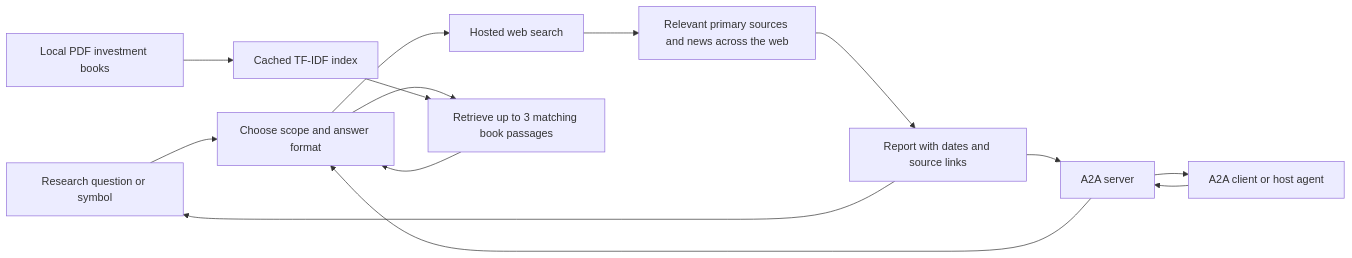
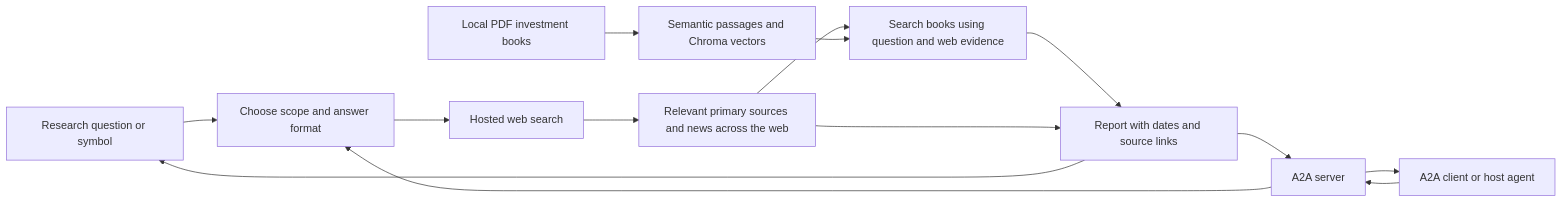
Before and after one commit to Dhakal29/stocks-research-agent: the diagram in nepse_agent/README.md, drawn with Mermaid. The commit also changed other lines of this file and 9 other files, not shown here.

Commit message:
feat: add semantic book retrieval and Gemini retries

````diff
--- a/nepse_agent/README.md
+++ b/nepse_agent/README.md
@@ -14,16 +14,16 @@
 ```mermaid
 flowchart LR
     User[Research question or symbol] --> Research[Choose scope and answer format]
     Host[A2A client or host agent] --> Server[A2A server]
     Server --> Research
     Research --> Search[Hosted web search]
-    Books[Local PDF investment books] --> Index[Cached TF-IDF index]
-    Research --> Retrieve[Retrieve up to 3 matching book passages]
+    Books[Local PDF investment books] --> Index[Semantic passages and Chroma vectors]
+    Evidence --> Retrieve[Search books using question and web evidence]
     Index --> Retrieve
-    Retrieve --> Research
+    Retrieve --> Report
     Search --> Evidence[Relevant primary sources and news across the web]
     Evidence --> Report[Report with dates and source links]
     Report --> User
     Report --> Server
     Server --> Host
 ```
````
